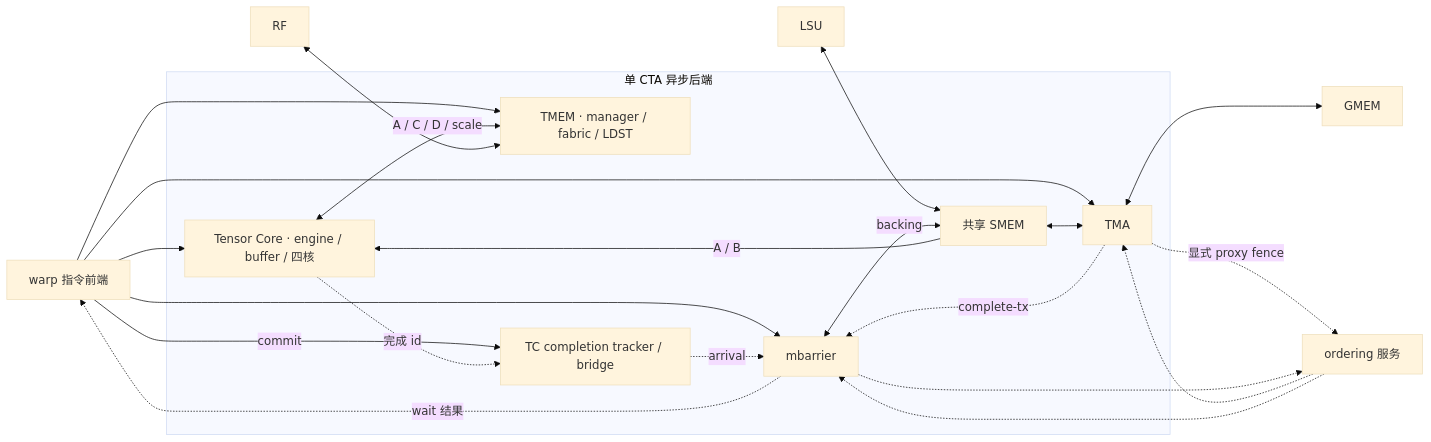
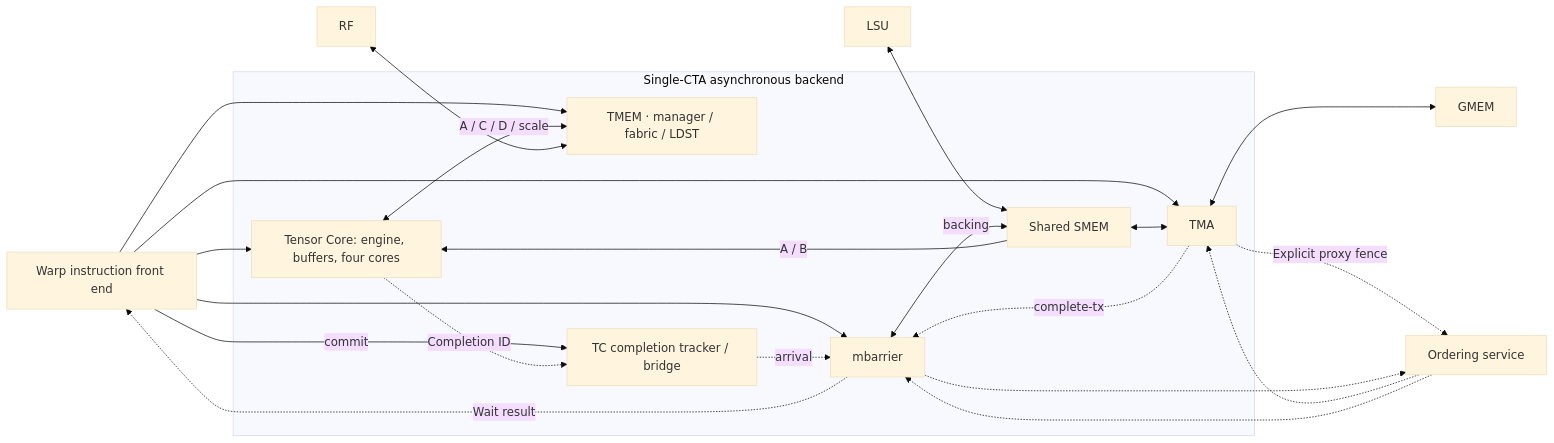
One commit to yuhin777/Allegro changed the diagram in doc/proposals/microarch_brief.md. Above: the diagram before and after it, drawn with Mermaid (base theme). The commit also changed other lines of this file and 45 other files, not shown here.

````diff
--- a/doc/proposals/microarch_brief.md
+++ b/doc/proposals/microarch_brief.md
@@ -9,31 +9,31 @@
 ```mermaid
 flowchart LR
-    FE["warp 指令前端"]
+    FE["Warp instruction front end"]
     RF["RF"]
     LSU["LSU"]
     GM["GMEM"]
-    ORD["ordering 服务"]
-    subgraph CTA["单 CTA 异步后端"]
-        TC["Tensor Core · engine / buffer / 四核"]
+    ORD["Ordering service"]
+    subgraph CTA["Single-CTA asynchronous backend"]
+        TC["Tensor Core: engine, buffers, four cores"]
         TM["TMEM · manager / fabric / LDST"]
-        SM["共享 SMEM"]
+        SM["Shared SMEM"]
         TMA["TMA"]
         TK["TC completion tracker / bridge"]
         BAR["mbarrier"]
     end
     FE --> TC & TM & TMA & BAR
     FE -->|commit| TK
     TC <-->|A / C / D / scale| TM
     SM -->|A / B| TC
     RF <--> TM
     LSU <--> SM
     SM <--> TMA <--> GM
     BAR <-->|backing| SM
-    TC -.->|完成 id| TK
+    TC -.->|Completion ID| TK
     TK -.->|arrival| BAR
     TMA -.->|complete-tx| BAR
-    TMA -.->|显式 proxy fence| ORD
+    TMA -.->|Explicit proxy fence| ORD
     BAR -.-> ORD
     ORD -.-> TMA & BAR
-    BAR -.->|wait 结果| FE
+    BAR -.->|Wait result| FE
 ```
````
